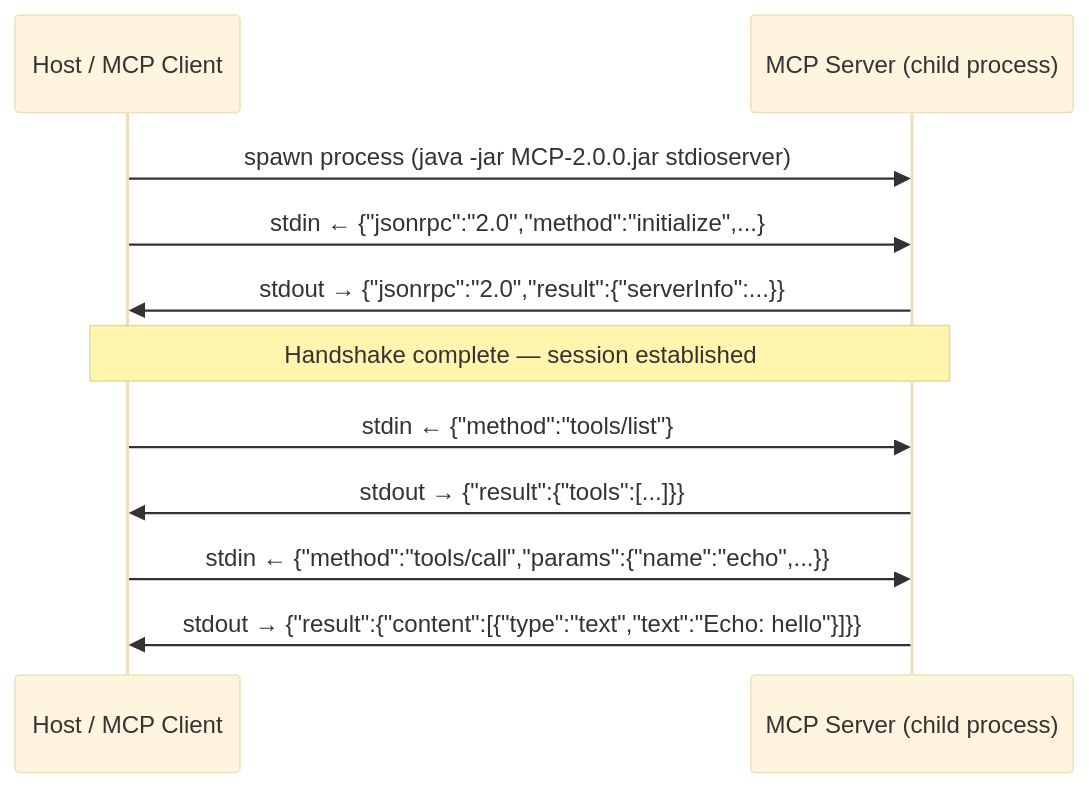
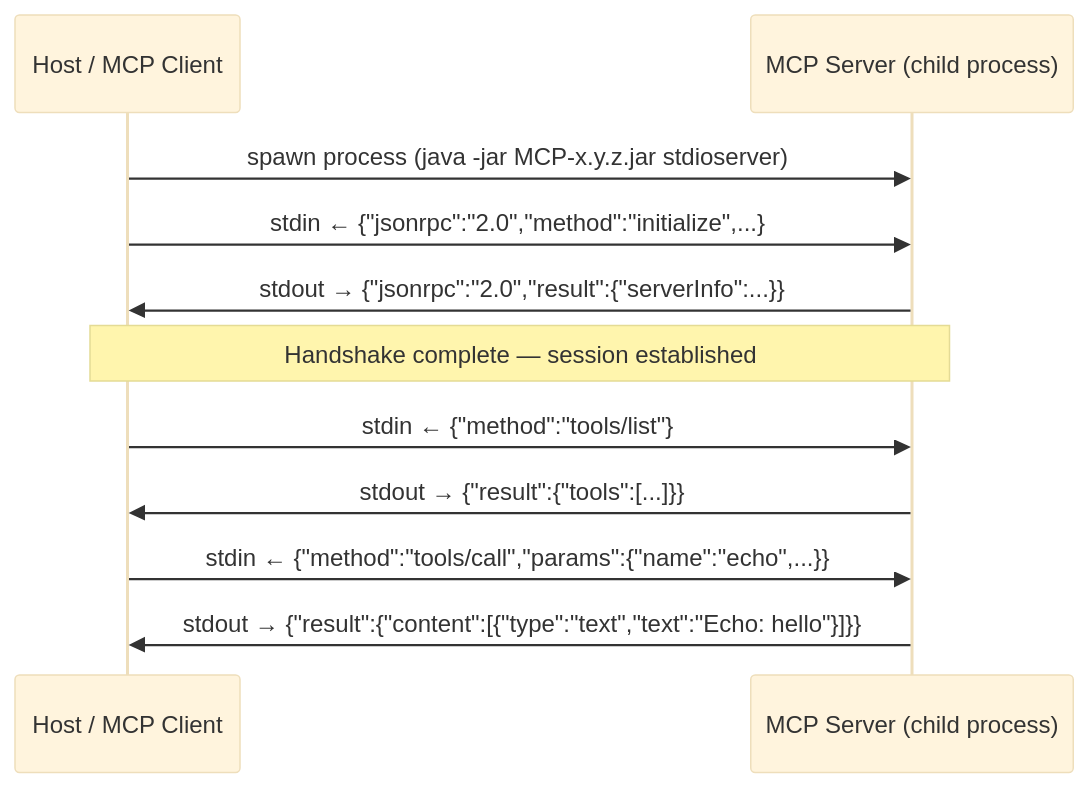
One commit to Warpguru/MCP changed the second of 8 diagrams in README.md. Above: the diagram before and after it, drawn with Mermaid (base theme). The commit also changed other lines of this file and 6 other files, not shown here.

Commit message:
Improved termination of Stdio based MCP server

````diff
--- a/README.md
+++ b/README.md
@@ -331,16 +333,16 @@
 ```mermaid
 sequenceDiagram
     participant Host as Host / MCP Client
     participant Server as MCP Server (child process)
 
-    Host->>Server: spawn process (java -jar MCP-2.0.0.jar stdioserver)
+    Host->>Server: spawn process (java -jar MCP-x.y.z.jar stdioserver)
     Host->>Server: stdin ← {"jsonrpc":"2.0","method":"initialize",...}
     Server->>Host: stdout → {"jsonrpc":"2.0","result":{"serverInfo":...}}
     Note over Host,Server: Handshake complete — session established
 
     Host->>Server: stdin ← {"method":"tools/list"}
     Server->>Host: stdout → {"result":{"tools":[...]}}
 
     Host->>Server: stdin ← {"method":"tools/call","params":{"name":"echo",...}}
     Server->>Host: stdout → {"result":{"content":[{"type":"text","text":"Echo: hello"}]}}
 ```
````
